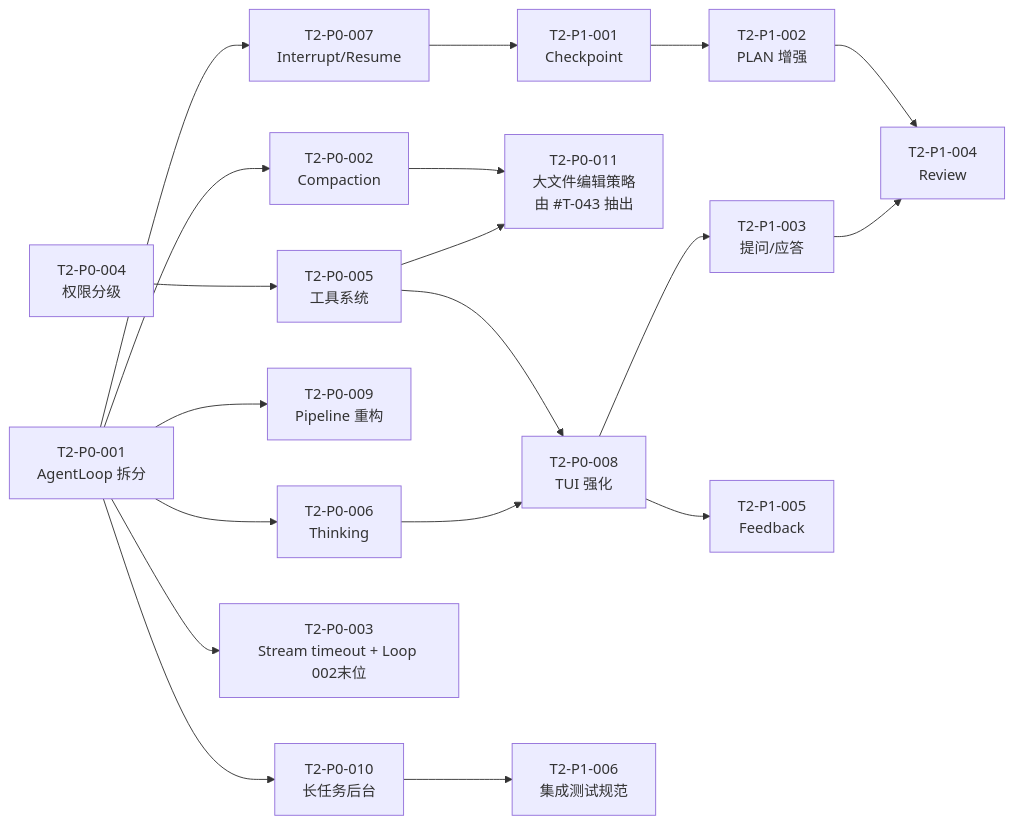
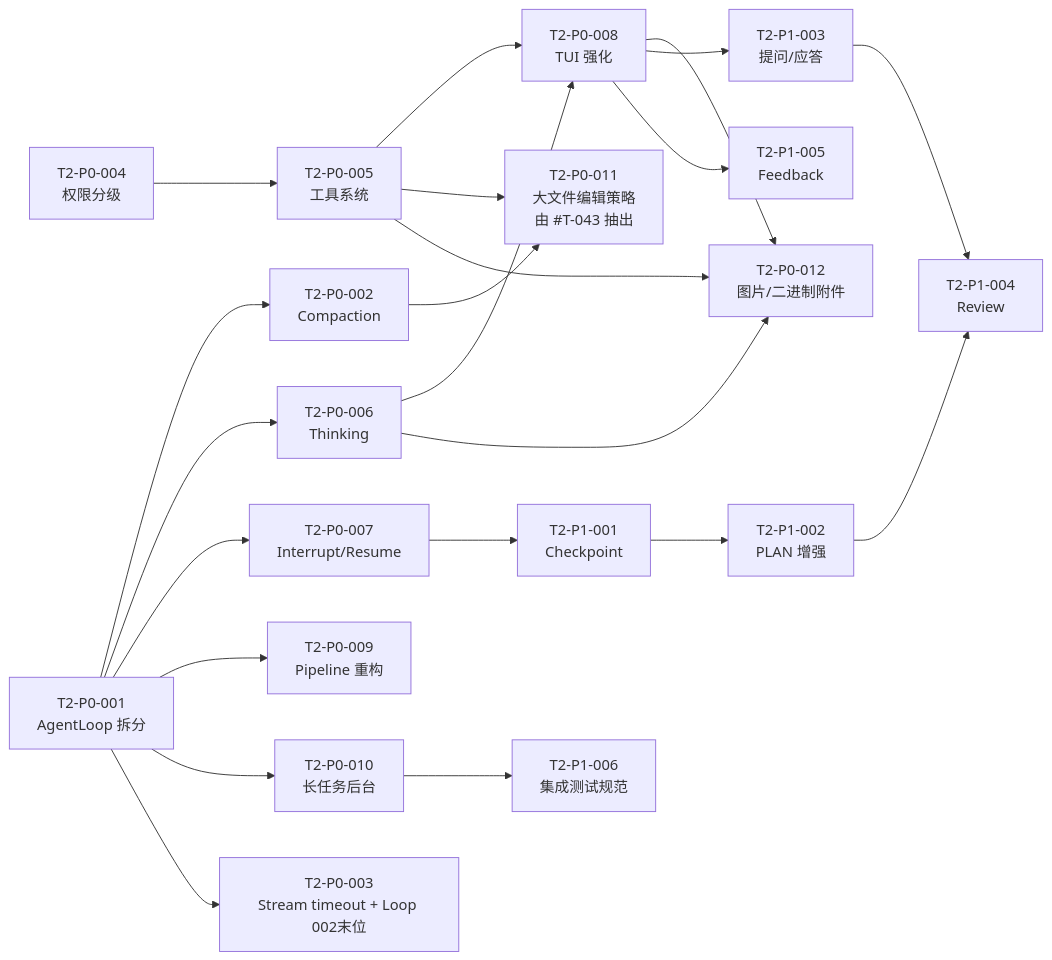
One commit to teisun/tomcat-agent changed the diagram in pi-rust-wasm/agents/TASK_BOARD_002.md. Above: the diagram before and after it, drawn with Mermaid. The commit also changed other lines of this file and 1 other file, not shown here.

````diff
--- a/pi-rust-wasm/agents/TASK_BOARD_002.md
+++ b/pi-rust-wasm/agents/TASK_BOARD_002.md
@@ -728,21 +767,24 @@
 ```mermaid
 flowchart LR
     P001[T2-P0-001<br/>AgentLoop 拆分] --> P002[T2-P0-002<br/>Compaction]
     P001 --> P006[T2-P0-006<br/>Thinking]
     P001 --> P007[T2-P0-007<br/>Interrupt/Resume]
     P001 --> P009[T2-P0-009<br/>Pipeline 重构]
     P001 --> P010[T2-P0-010<br/>长任务后台]
     P001 --> P003[T2-P0-003<br/>Stream timeout + Loop 002末位]
     P004[T2-P0-004<br/>权限分级] --> P005[T2-P0-005<br/>工具系统]
     P005 --> P008[T2-P0-008<br/>TUI 强化]
     P006 --> P008
     P002 --> P011[T2-P0-011<br/>大文件编辑策略<br/>由 #T-043 抽出]
     P005 --> P011
+    P005 --> P012[T2-P0-012<br/>图片/二进制附件]
+    P006 --> P012
+    P008 --> P012
     P007 --> P101[T2-P1-001<br/>Checkpoint]
     P101 --> P102[T2-P1-002<br/>PLAN 增强]
     P008 --> P103[T2-P1-003<br/>提问/应答]
     P102 --> P104[T2-P1-004<br/>Review]
     P103 --> P104
     P008 --> P105[T2-P1-005<br/>Feedback]
     P010 --> P106[T2-P1-006<br/>集成测试规范]
 ```
````
